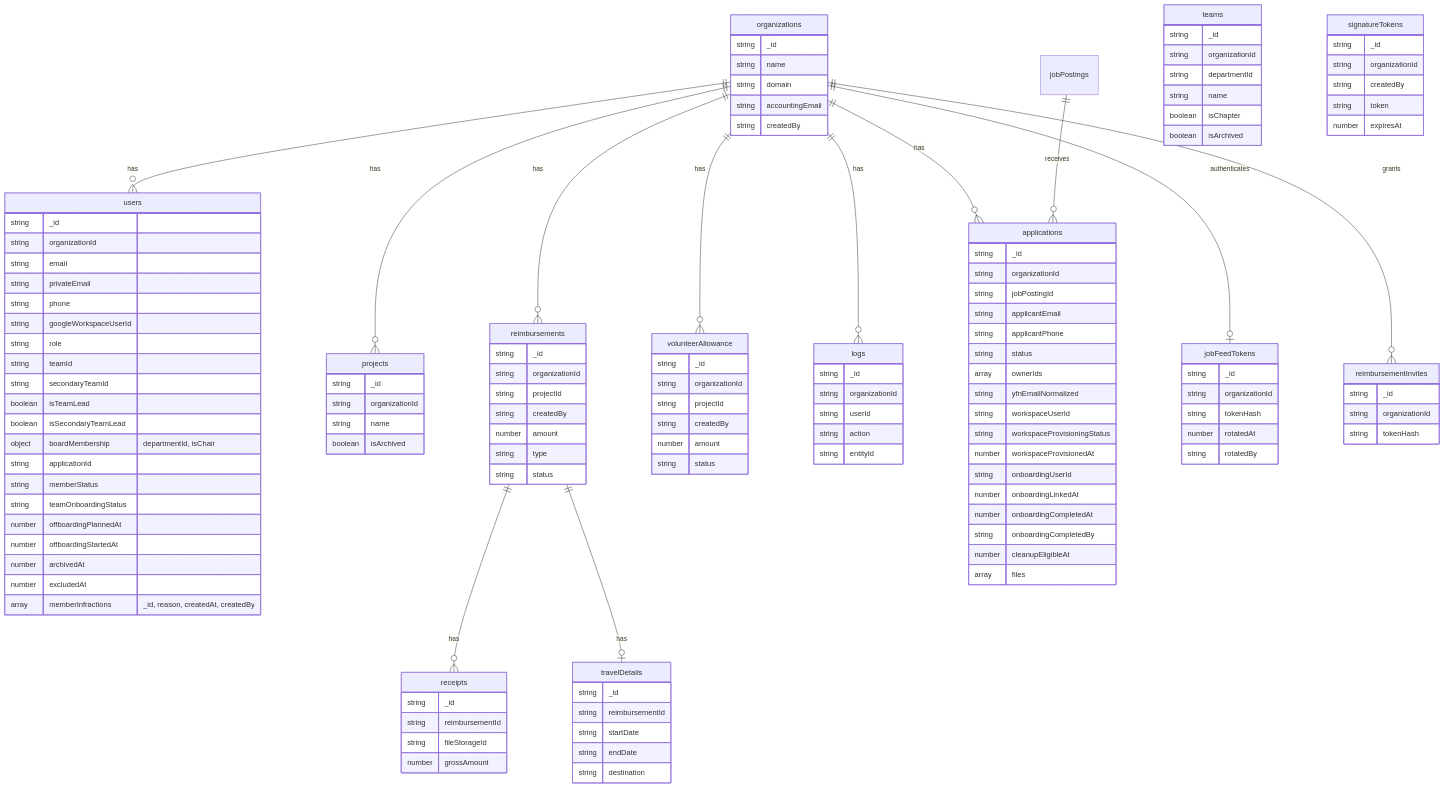
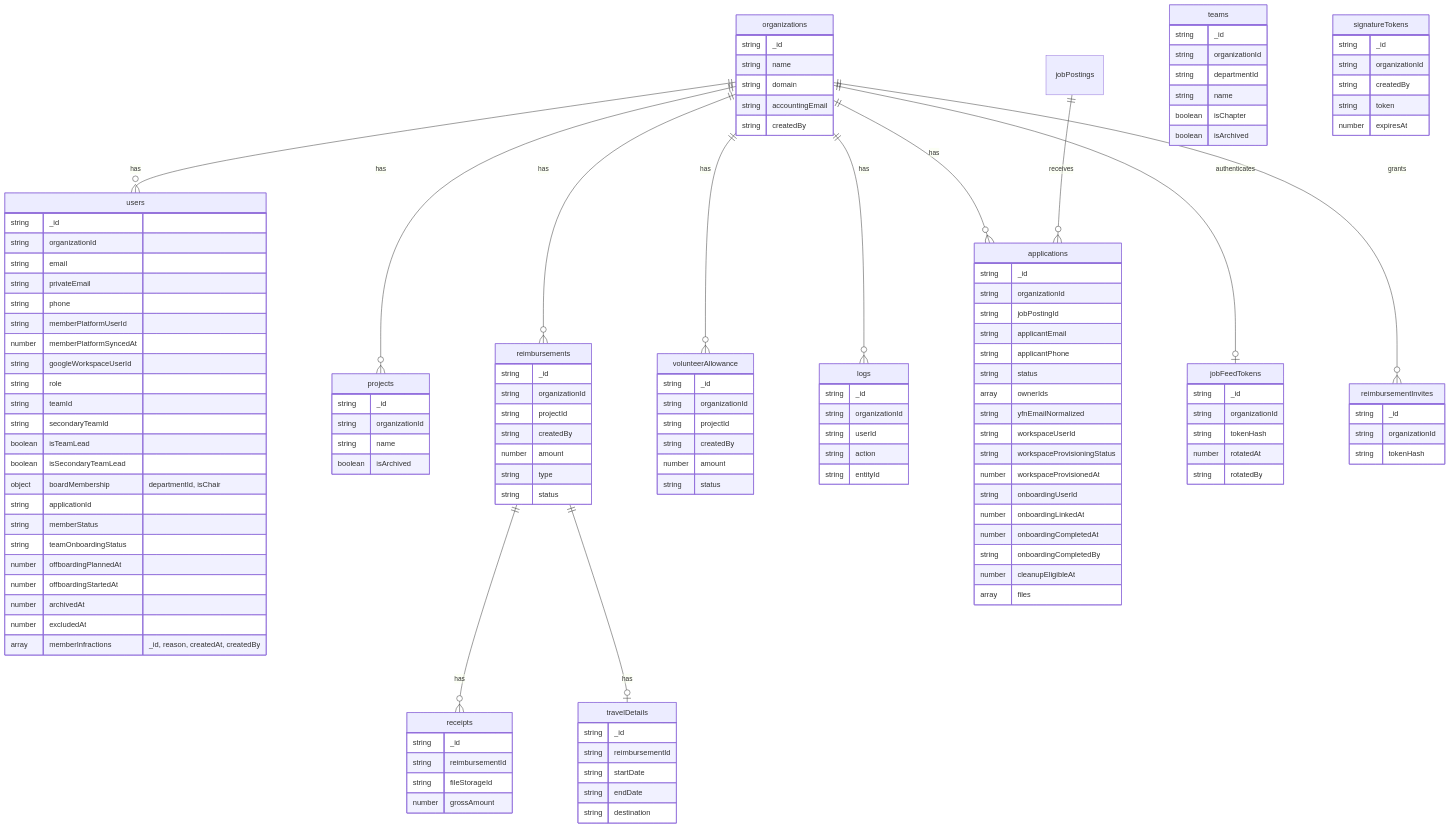
Before and after one commit to yfndev/ybase: the diagram in docs/schema.md, drawn with Mermaid. The commit also changed 21 other files, not shown here.

Commit message:
feat(members): link confirmed member platform profiles

```diff
--- a/docs/schema.md
+++ b/docs/schema.md
@@ -46,6 +46,8 @@
         string email
         string privateEmail
         string phone
+        string memberPlatformUserId
+        number memberPlatformSyncedAt
         string googleWorkspaceUserId
         string role
         string teamId
```
